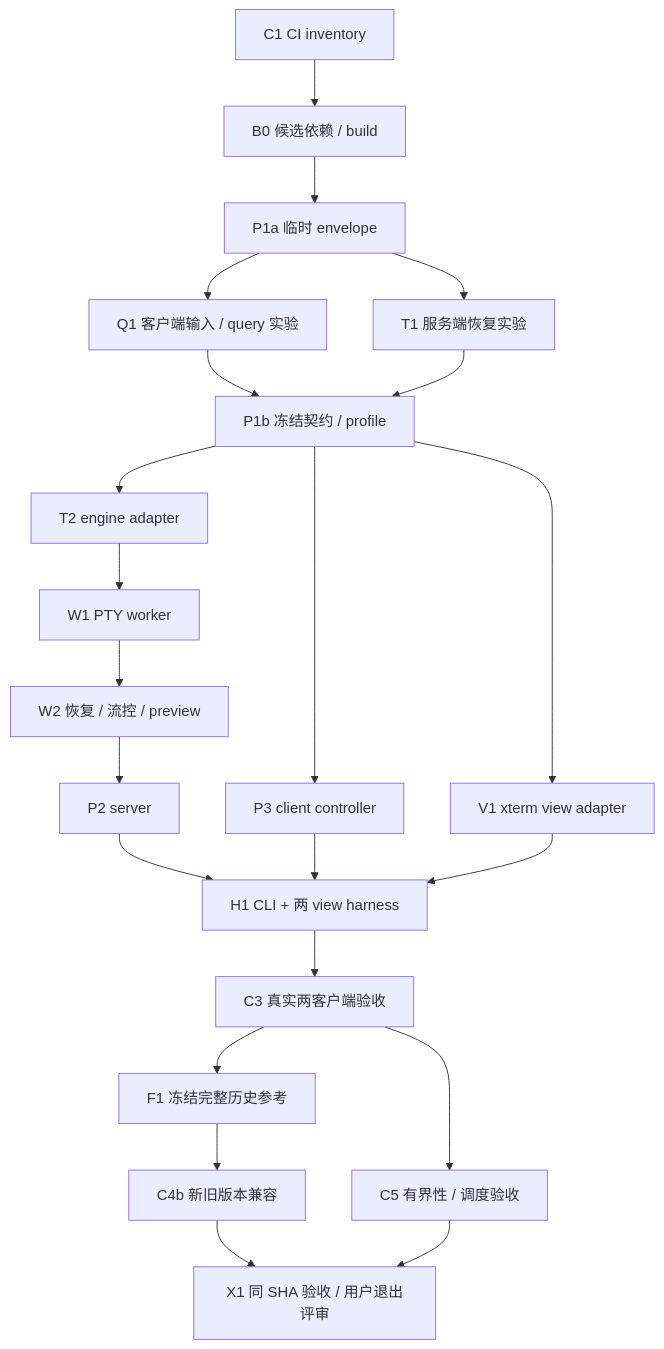
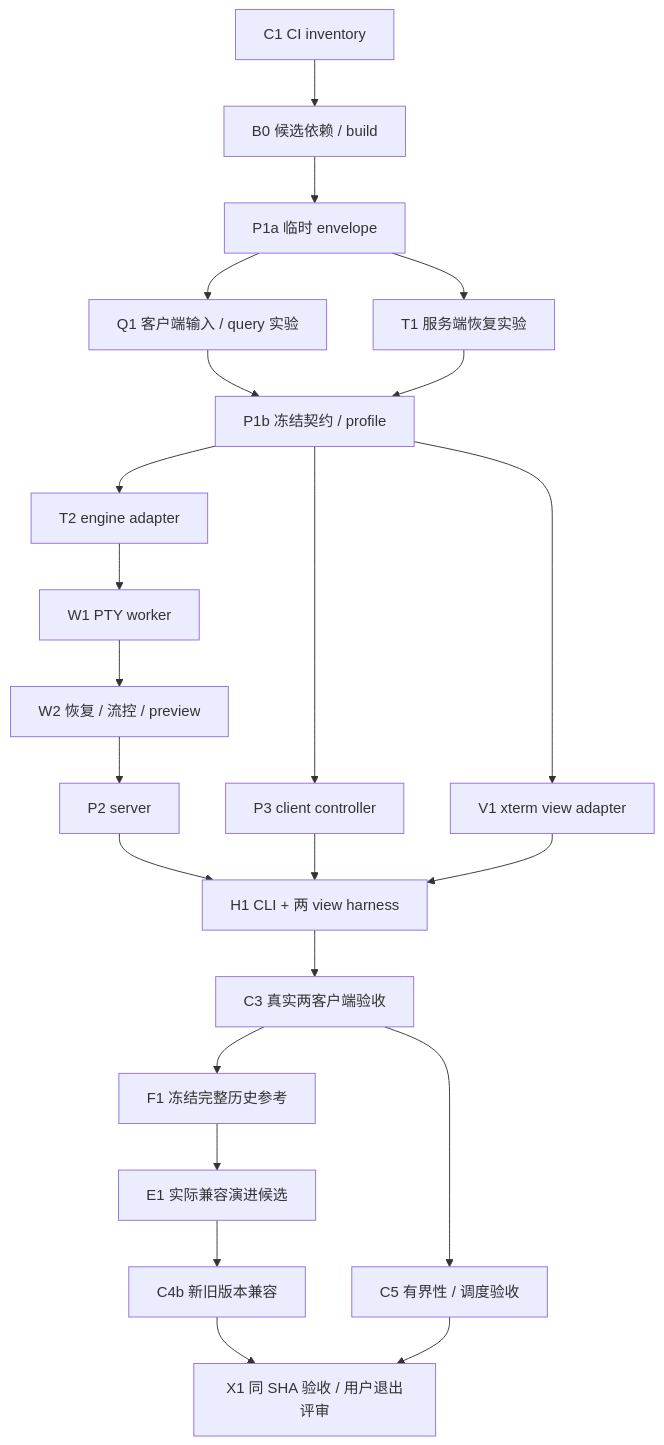
The diagram in docs/milestones/m0.md (GhostFlying/cove), drawn with Mermaid before and after one commit. The commit also changed other lines of this file and 3 other files, not shown here.

````diff
--- a/docs/milestones/m0.md
+++ b/docs/milestones/m0.md
@@ -19,24 +19,25 @@
 ```mermaid
 flowchart TD
   C1["C1 CI inventory"] --> B0["B0 候选依赖 / build"]
   B0 --> P1a["P1a 临时 envelope"]
   P1a --> Q1["Q1 客户端输入 / query 实验"]
   P1a --> T1["T1 服务端恢复实验"]
   Q1 --> P1b["P1b 冻结契约 / profile"]
   T1 --> P1b
   P1b --> T2["T2 engine adapter"]
   T2 --> W1["W1 PTY worker"]
   W1 --> W2["W2 恢复 / 流控 / preview"]
   W2 --> P2["P2 server"]
   P1b --> P3["P3 client controller"]
   P1b --> V1["V1 xterm view adapter"]
   P2 --> H1["H1 CLI + 两 view harness"]
   P3 --> H1
   V1 --> H1
   H1 --> C3["C3 真实两客户端验收"]
   C3 --> F1["F1 冻结完整历史参考"]
-  F1 --> C4b["C4b 新旧版本兼容"]
+  F1 --> E1["E1 实际兼容演进候选"]
+  E1 --> C4b["C4b 新旧版本兼容"]
   C3 --> C5["C5 有界性 / 调度验收"]
   C4b --> X1["X1 同 SHA 验收 / 用户退出评审"]
   C5 --> X1
 ```
````
